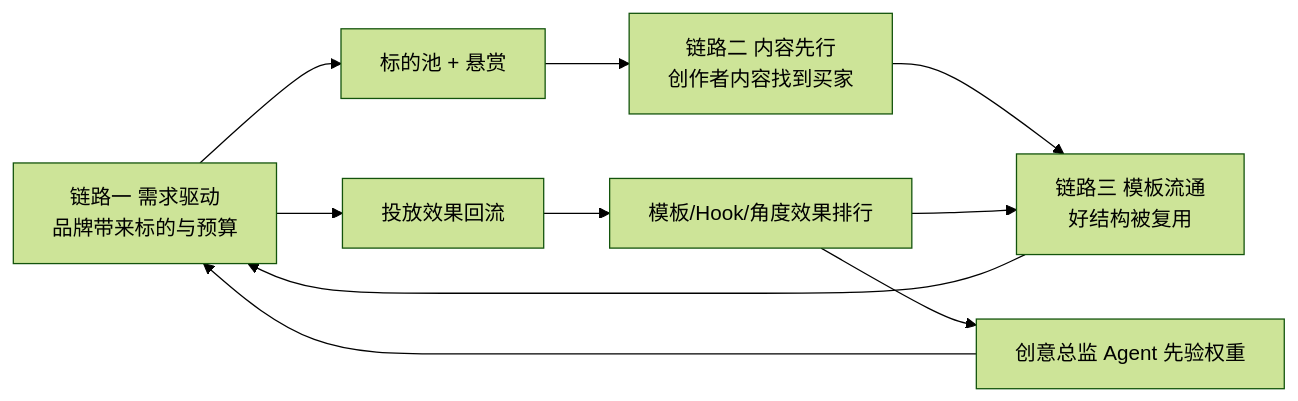
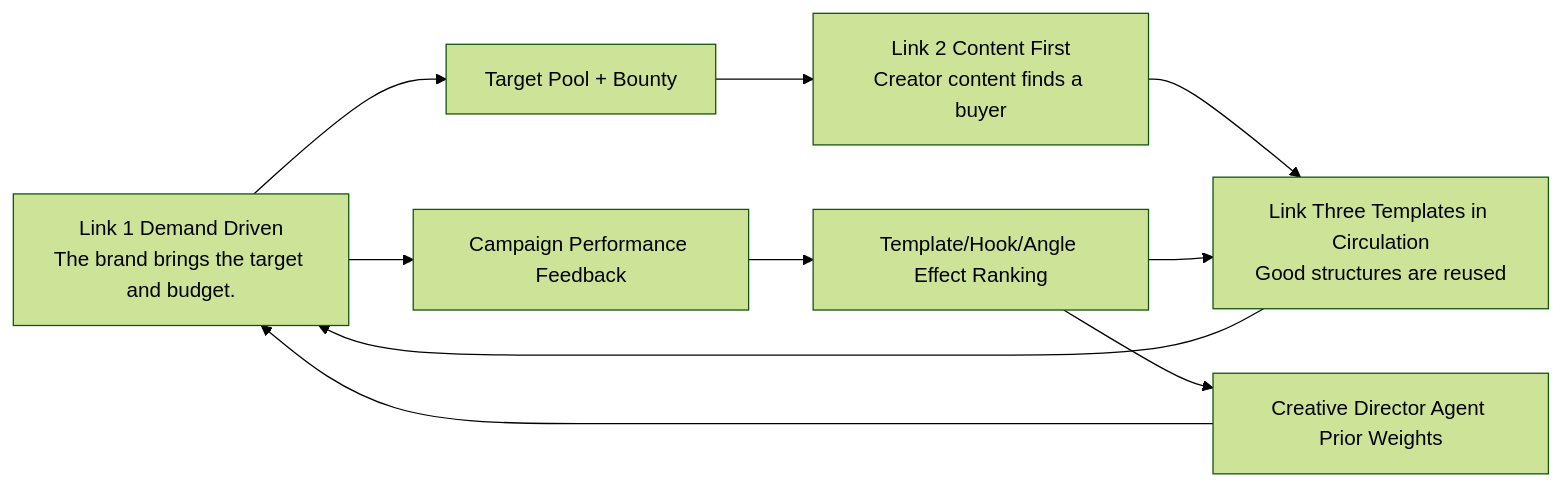
One commit to Runqi518/SPARKLE-AI---Your-Creativity-Deserves-a-Market changed the seventh of 17 diagrams in docs/prd.md. Above: the diagram before and after it, drawn with Mermaid (forest theme). The commit also changed other lines of this file and 60 other files, not shown here.

````diff
--- a/docs/prd.md
+++ b/docs/prd.md
@@ -459,12 +433,12 @@
 ```mermaid
 flowchart LR
-    L1[链路一 需求驱动<br/>品牌带来标的与预算] --> Pool[标的池 + 悬赏]
-    Pool --> L2[链路二 内容先行<br/>创作者内容找到买家]
-    L2 --> L3[链路三 模板流通<br/>好结构被复用]
+    L1[Link 1 Demand Driven<br/>The brand brings the target and budget.] --> Pool[Target Pool + Bounty]
+    Pool --> L2[Link 2 Content First<br/>Creator content finds a buyer]
+    L2 --> L3[Link Three Templates in Circulation<br/>Good structures are reused]
     L3 --> L1
-    L1 --> Data[投放效果回流]
-    Data --> Rank[模板/Hook/角度效果排行]
+    L1 --> Data[Campaign Performance Feedback]
+    Data --> Rank[Template/Hook/Angle Effect Ranking]
     Rank --> L3
-    Rank --> CD[创意总监 Agent 先验权重]
+    Rank --> CD[Creative Director Agent Prior Weights]
     CD --> L1
 ```
````
